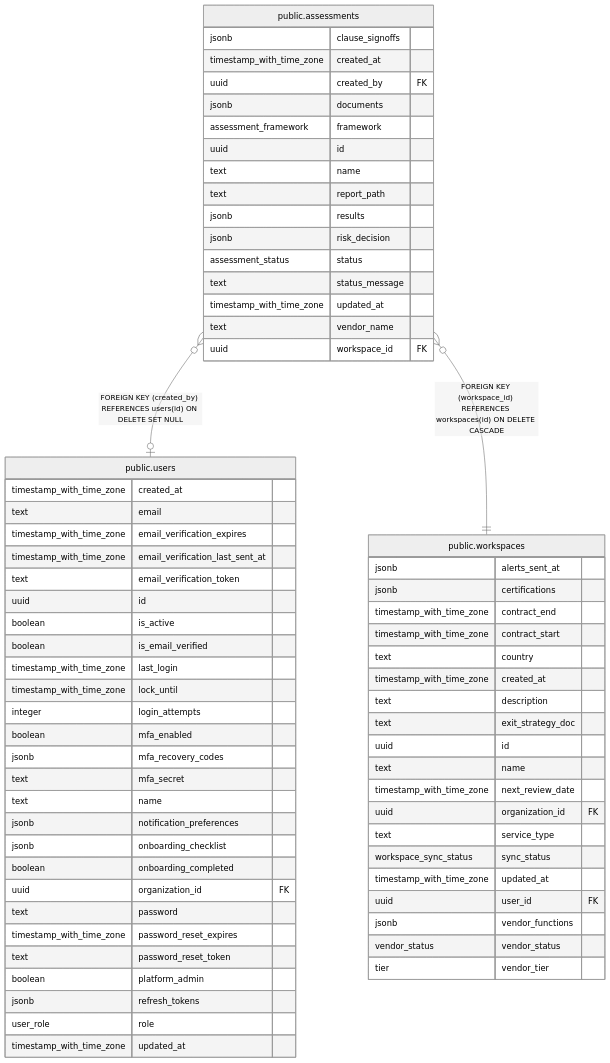
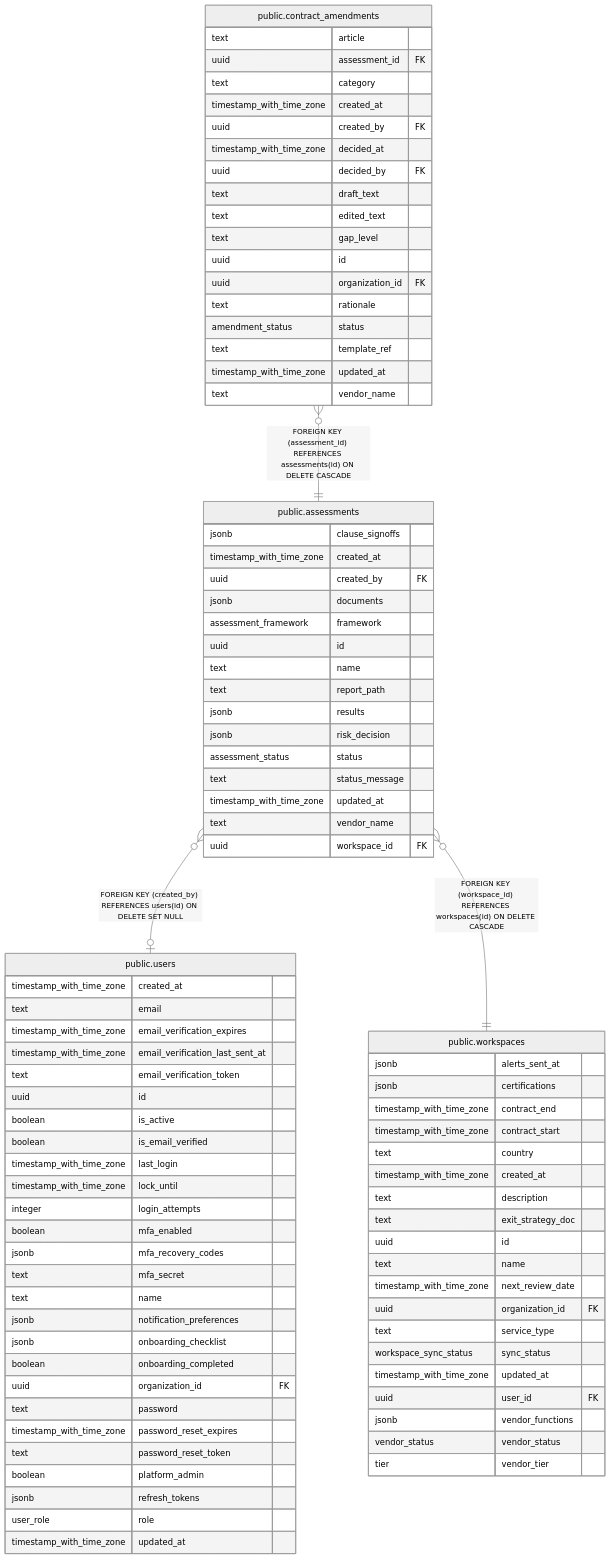
The diagram in docs/data-model/public.assessments.md (andrelair-platform/retrieva-backend), drawn with Mermaid (neutral theme) before and after one commit. The commit also changed other lines of this file and 21 other files, not shown here.

First line of the commit message:
feat(amendments): draft dora art-30 contract amendments from assessment gaps (rtv-98)

```diff
--- a/docs/data-model/public.assessments.md
+++ b/docs/data-model/public.assessments.md
@@ -42,6 +42,7 @@
 erDiagram
 
 "public.assessments" }o--o| "public.users" : "FOREIGN KEY (created_by) REFERENCES users(id) ON DELETE SET NULL"
+"public.contract_amendments" }o--|| "public.assessments" : "FOREIGN KEY (assessment_id) REFERENCES assessments(id) ON DELETE CASCADE"
 "public.assessments" }o--|| "public.workspaces" : "FOREIGN KEY (workspace_id) REFERENCES workspaces(id) ON DELETE CASCADE"
 
 "public.assessments" {
@@ -89,6 +90,25 @@
   user_role role
   timestamp_with_time_zone updated_at
 }
+"public.contract_amendments" {
+  text article
+  uuid assessment_id FK
+  text category
+  timestamp_with_time_zone created_at
+  uuid created_by FK
+  timestamp_with_time_zone decided_at
+  uuid decided_by FK
+  text draft_text
+  text edited_text
+  text gap_level
+  uuid id
+  uuid organization_id FK
+  text rationale
+  amendment_status status
+  text template_ref
+  timestamp_with_time_zone updated_at
+  text vendor_name
+}
 "public.workspaces" {
   jsonb alerts_sent_at
   jsonb certifications
```
